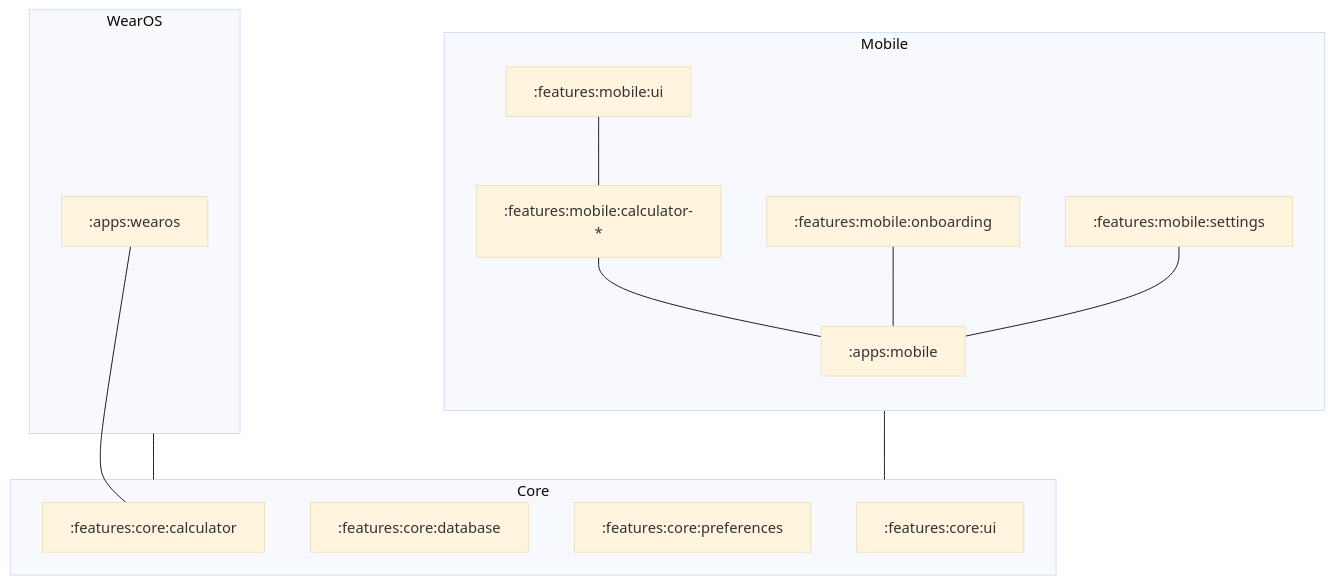
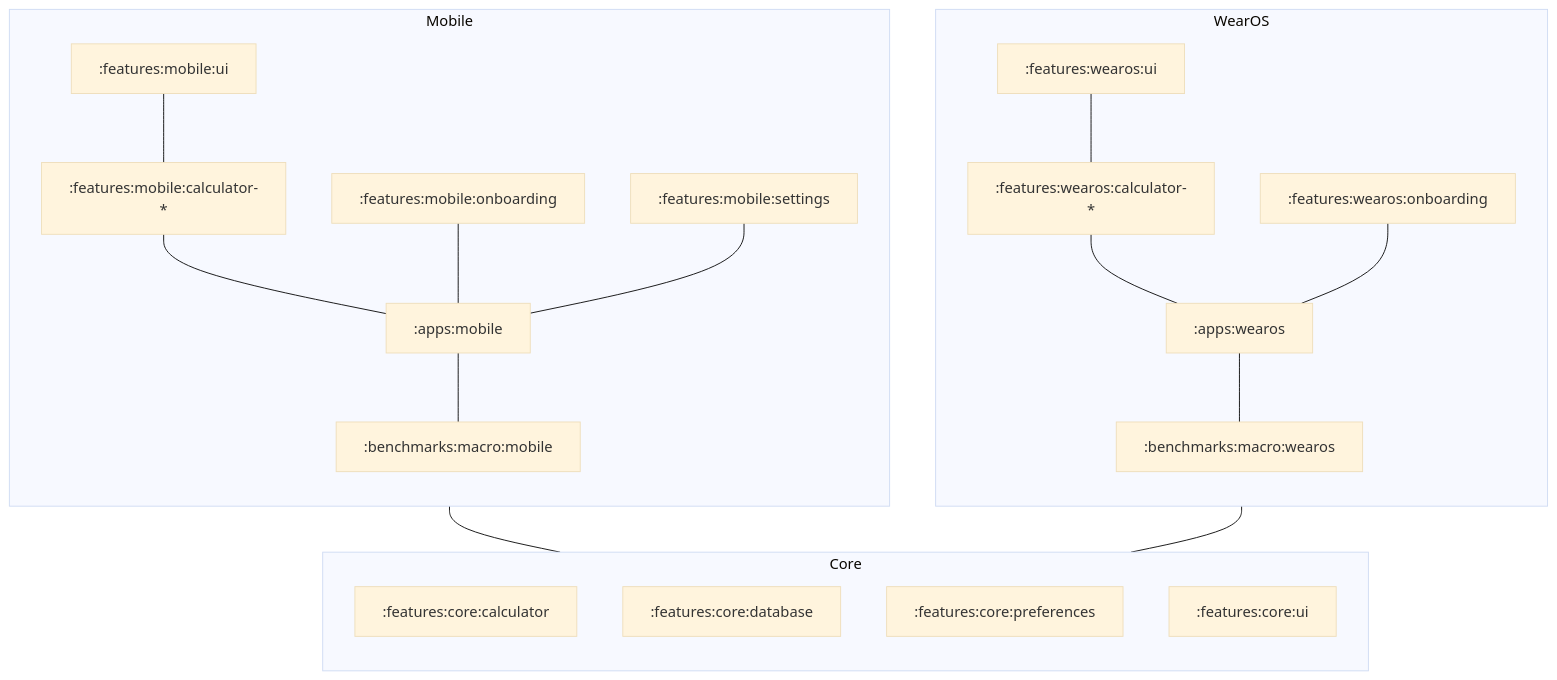
One commit to marlonlom/mocca changed the diagram in README.md. Above: the diagram before and after it, drawn with Mermaid (base theme). The commit also changed other lines of this file, not shown here.

Commit message:
doc: Update README for tech stack and project structure information
Updated project structure and tech stack details in README.

````diff
--- a/README.md
+++ b/README.md
@@ -31,26 +31,35 @@
 ```mermaid
 flowchart BT
-    subgraph Core
-        fcc[":features:core:calculator"]
-        fcd[":features:core:database"]
-        fcp[":features:core:preferences"]
-        fcu[":features:core:ui"]
-    end
-    subgraph Mobile
-        fmc[":features:mobile:calculator-*"]
-        fmo[":features:mobile:onboarding"]
-        fms[":features:mobile:settings"]
-        fmu[":features:mobile:ui"]
-        appm[":apps:mobile"]
-    end
-    subgraph WearOS
-        appw[":apps:wearos"]
-    end
-    Core --- Mobile
-    Core --- WearOS
-    fmu --- fmc
-    fmc --- appm
-    fmo --- appm
-    fms --- appm
-    fcc --- appw
+  subgraph Core
+  fcc[":features:core:calculator"]
+    fcd[":features:core:database"]
+    fcp[":features:core:preferences"]
+    fcu[":features:core:ui"]
+  end
+  subgraph Mobile
+    fmu[":features:mobile:ui"]
+    fmc[":features:mobile:calculator-*"]
+    fmo[":features:mobile:onboarding"]
+    fms[":features:mobile:settings"]
+    appm[":apps:mobile"]
+    bmm[":benchmarks:macro:mobile"]
+  end
+  subgraph WearOS
+    fwu[":features:wearos:ui"]
+    fwc[":features:wearos:calculator-*"]
+    fwo[":features:wearos:onboarding"]
+    appw[":apps:wearos"]
+    bmw[":benchmarks:macro:wearos"]
+  end
+  Core --- Mobile
+  Core --- WearOS
+  fmu --- fmc
+  fmc --- appm
+  fmo --- appm
+  fms --- appm
+  fwu --- fwc
+  fwc --- appw
+  fwo --- appw
+  appm --- bmm
+  appw --- bmw
 ```
````
